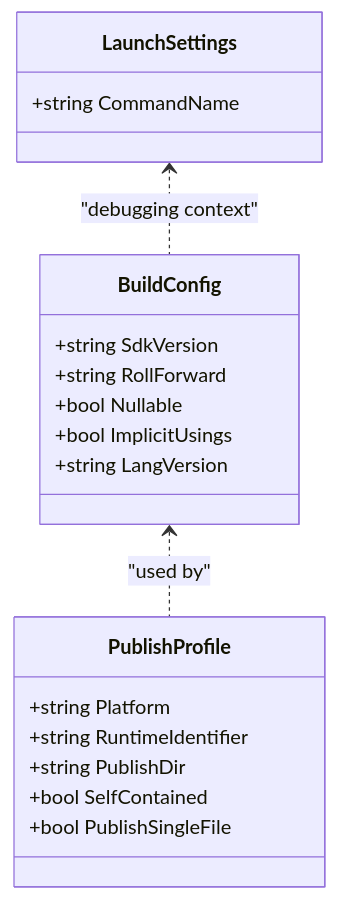
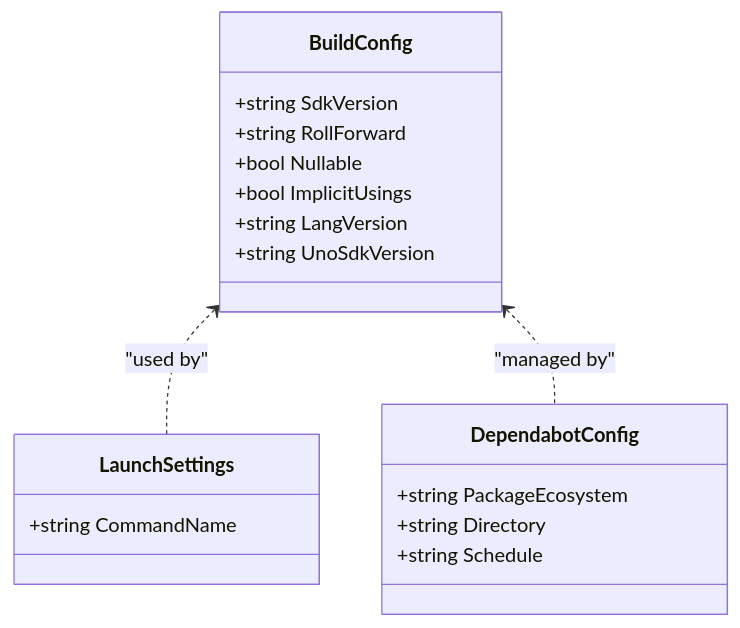
One commit to AgenticDesktop/App changed the tenth of 12 diagrams in .qoder/repowiki/en/content/Configuration and Deployment.md. Above: the diagram before and after it, drawn with Mermaid. The commit also changed other lines of this file and 108 other files, not shown here.

First line of the commit message:
Add support for Uno Desktop and WinUI 3 build scripts

````diff
--- a/.qoder/repowiki/en/content/Configuration and Deployment.md
+++ b/.qoder/repowiki/en/content/Configuration and Deployment.md
@@ -237,22 +392,21 @@
 ```mermaid
 classDiagram
 class BuildConfig {
 +string SdkVersion
 +string RollForward
 +bool Nullable
 +bool ImplicitUsings
 +string LangVersion
-}
-class PublishProfile {
-+string Platform
-+string RuntimeIdentifier
-+string PublishDir
-+bool SelfContained
-+bool PublishSingleFile
++string UnoSdkVersion
 }
 class LaunchSettings {
 +string CommandName
 }
-BuildConfig <.. PublishProfile : "used by"
-LaunchSettings <.. BuildConfig : "debugging context"
+class DependabotConfig {
++string PackageEcosystem
++string Directory
++string Schedule
+}
+BuildConfig <.. LaunchSettings : "used by"
+BuildConfig <.. DependabotConfig : "managed by"
 ```
````
